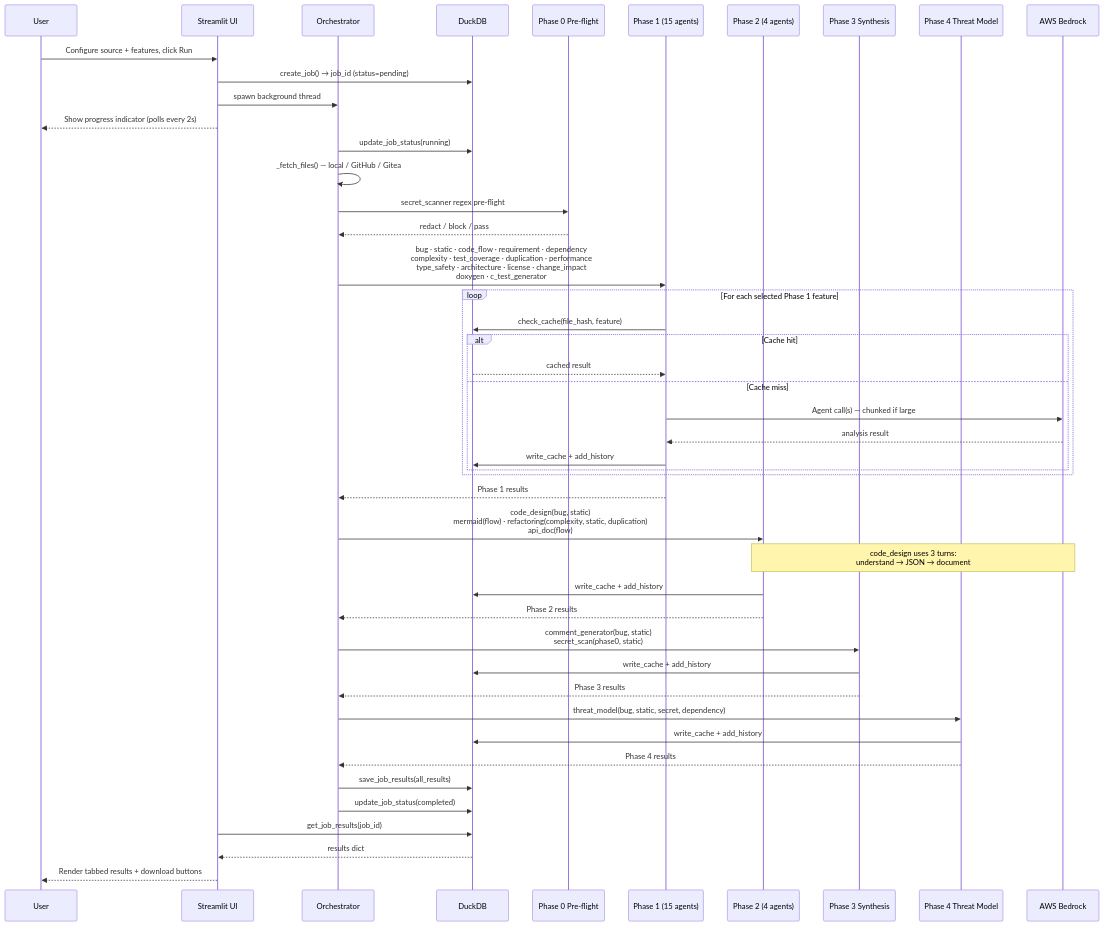
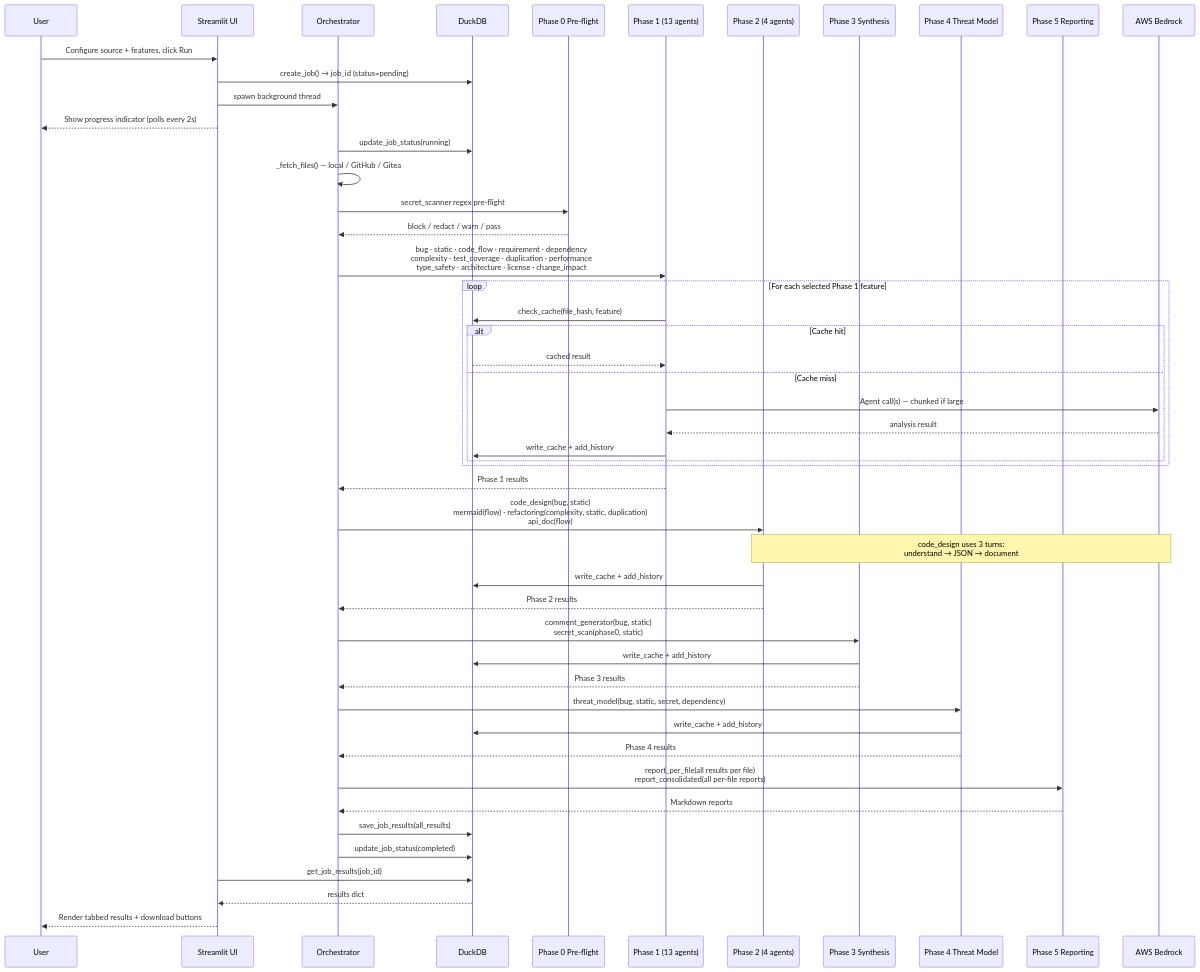
The second of 3 diagrams in README.md (bravetux/Code_AI_Maniac), drawn with Mermaid before and after one commit. The commit also changed other lines of this file and 2 other files, not shown here.

````diff
--- a/README.md
+++ b/README.md
@@ -148,61 +167,65 @@
 ```mermaid
 sequenceDiagram
     participant User
     participant UI as Streamlit UI
     participant ORC as Orchestrator
     participant DB as DuckDB
     participant P0 as Phase 0 Pre-flight
-    participant P1 as Phase 1 (15 agents)
+    participant P1 as Phase 1 (13 agents)
     participant P2 as Phase 2 (4 agents)
     participant P3 as Phase 3 Synthesis
     participant P4 as Phase 4 Threat Model
+    participant P5 as Phase 5 Reporting
     participant LLM as AWS Bedrock
 
     User->>UI: Configure source + features, click Run
     UI->>DB: create_job() → job_id (status=pending)
     UI->>ORC: spawn background thread
     UI-->>User: Show progress indicator (polls every 2s)
 
     ORC->>DB: update_job_status(running)
     ORC->>ORC: _fetch_files() — local / GitHub / Gitea
 
     ORC->>P0: secret_scanner regex pre-flight
-    P0-->>ORC: redact / block / pass
+    P0-->>ORC: block / redact / warn / pass
 
-    ORC->>P1: bug · static · code_flow · requirement · dependency<br/>complexity · test_coverage · duplication · performance<br/>type_safety · architecture · license · change_impact<br/>doxygen · c_test_generator
+    ORC->>P1: bug · static · code_flow · requirement · dependency<br/>complexity · test_coverage · duplication · performance<br/>type_safety · architecture · license · change_impact
 
     loop For each selected Phase 1 feature
         P1->>DB: check_cache(file_hash, feature)
         alt Cache hit
             DB-->>P1: cached result
         else Cache miss
             P1->>LLM: Agent call(s) — chunked if large
             LLM-->>P1: analysis result
             P1->>DB: write_cache + add_history
         end
     end
 
     P1-->>ORC: Phase 1 results
 
     ORC->>P2: code_design(bug, static)<br/>mermaid(flow) · refactoring(complexity, static, duplication)<br/>api_doc(flow)
 
     Note over P2,LLM: code_design uses 3 turns:<br/>understand → JSON → document
 
     P2->>DB: write_cache + add_history
     P2-->>ORC: Phase 2 results
 
     ORC->>P3: comment_generator(bug, static)<br/>secret_scan(phase0, static)
     P3->>DB: write_cache + add_history
     P3-->>ORC: Phase 3 results
 
     ORC->>P4: threat_model(bug, static, secret, dependency)
     P4->>DB: write_cache + add_history
     P4-->>ORC: Phase 4 results
 
+    ORC->>P5: report_per_file(all results per file)<br/>report_consolidated(all per-file reports)
+    P5-->>ORC: Markdown reports
+
     ORC->>DB: save_job_results(all_results)
     ORC->>DB: update_job_status(completed)
 
     UI->>DB: get_job_results(job_id)
     DB-->>UI: results dict
     UI-->>User: Render tabbed results + download buttons
 ```
````
